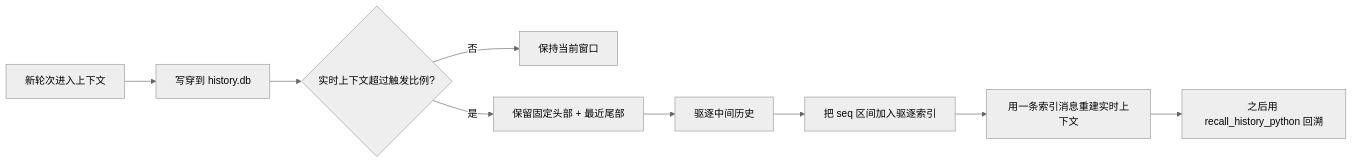
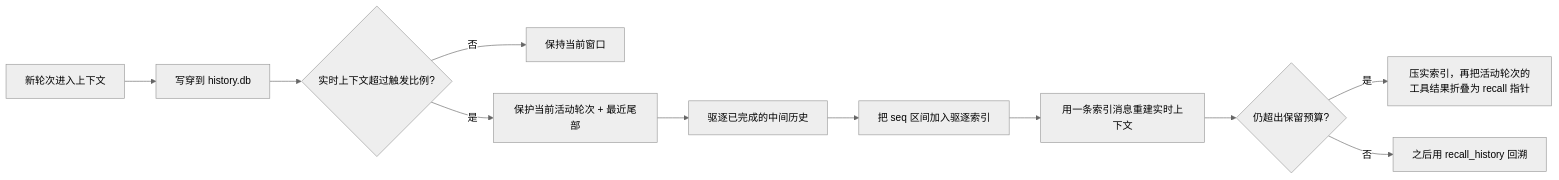
Before and after one commit to x1n95c/QwenPaw-test: the diagram in website/public/docs/context.zh.md, drawn with Mermaid (neutral theme). The commit also changed other lines of this file and 33 other files, not shown here.

````diff
--- a/website/public/docs/context.zh.md
+++ b/website/public/docs/context.zh.md
@@ -25,11 +25,13 @@
 ```mermaid
 flowchart LR
     A[新轮次进入上下文] --> B[写穿到 history.db]
     B --> C{实时上下文超过触发比例?}
     C -->|否| D[保持当前窗口]
-    C -->|是| E[保留固定头部 + 最近尾部]
-    E --> F[驱逐中间历史]
+    C -->|是| E[保护当前活动轮次 + 最近尾部]
+    E --> F[驱逐已完成的中间历史]
     F --> G[把 seq 区间加入驱逐索引]
     G --> H[用一条索引消息重建实时上下文]
-    H --> I[之后用 recall_history_python 回溯]
+    H --> I{仍超出保留预算?}
+    I -->|是| J[压实索引，再把活动轮次的工具结果折叠为 recall 指针]
+    I -->|否| K[之后用 recall_history 回溯]
 ```
````
